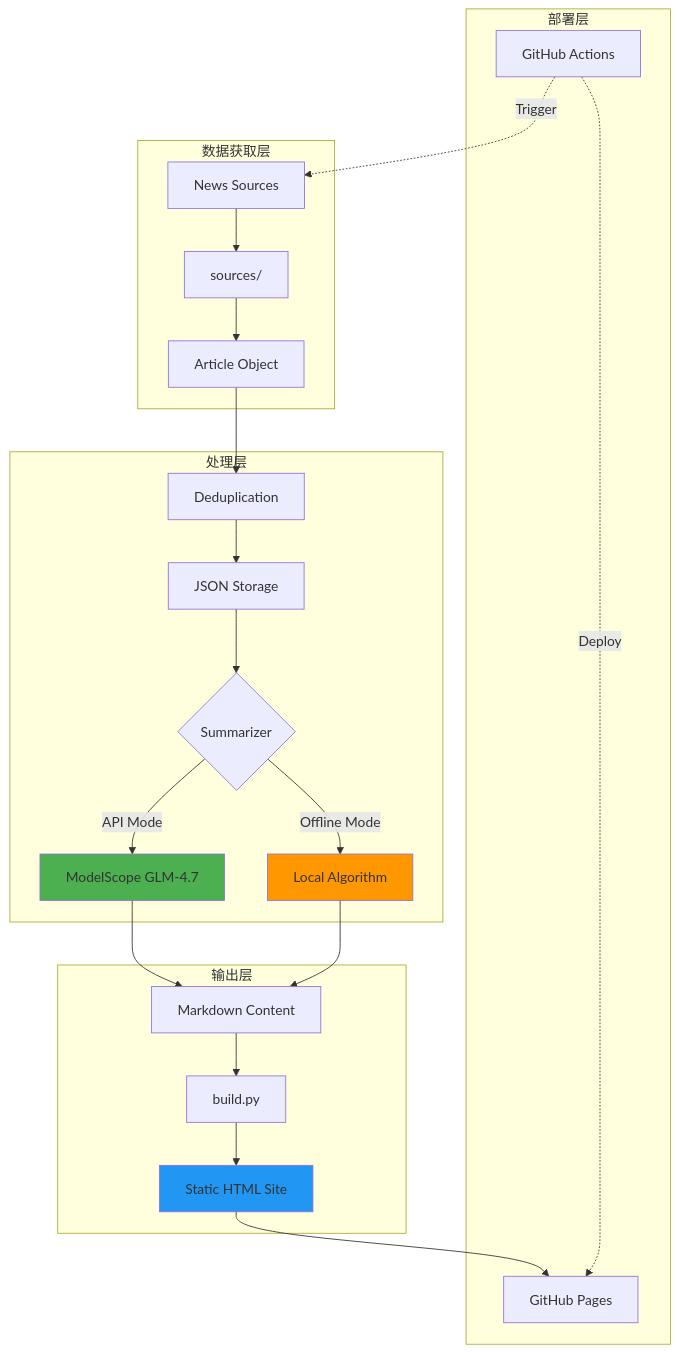
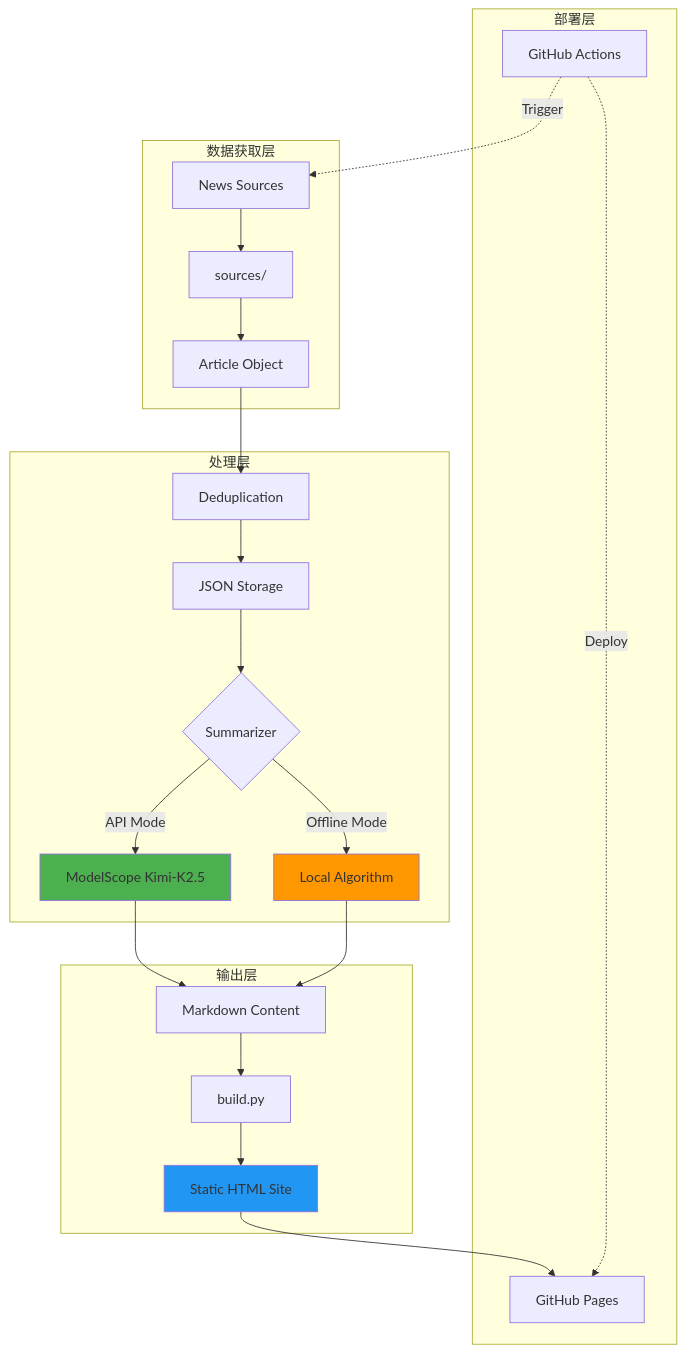
Before and after one commit to Carl-312/daily-report-site: the first of 2 diagrams in ARCHITECTURE.md, drawn with Mermaid. The commit also changed other lines of this file and 8 other files, not shown here.

Commit message:
Switch ModelScope model default to moonshotai/Kimi-K2.5

````diff
--- a/ARCHITECTURE.md
+++ b/ARCHITECTURE.md
@@ -9,32 +9,32 @@
 ```mermaid
 graph TB
     subgraph "数据获取层"
         A[News Sources] --> B[sources/]
         B --> C[Article Object]
     end
     
     subgraph "处理层"
         C --> D[Deduplication]
         D --> E[JSON Storage]
         E --> F{Summarizer}
-        F -->|API Mode| G[ModelScope GLM-4.7]
+        F -->|API Mode| G[ModelScope Kimi-K2.5]
         F -->|Offline Mode| H[Local Algorithm]
     end
     
     subgraph "输出层"
         G --> I[Markdown Content]
         H --> I
         I --> J[build.py]
         J --> K[Static HTML Site]
     end
     
     subgraph "部署层"
         K --> L[GitHub Pages]
         M[GitHub Actions] -.->|Trigger| A
         M -.->|Deploy| L
     end
     
     style G fill:#4CAF50
     style H fill:#FF9800
     style K fill:#2196F3
 ```
````
